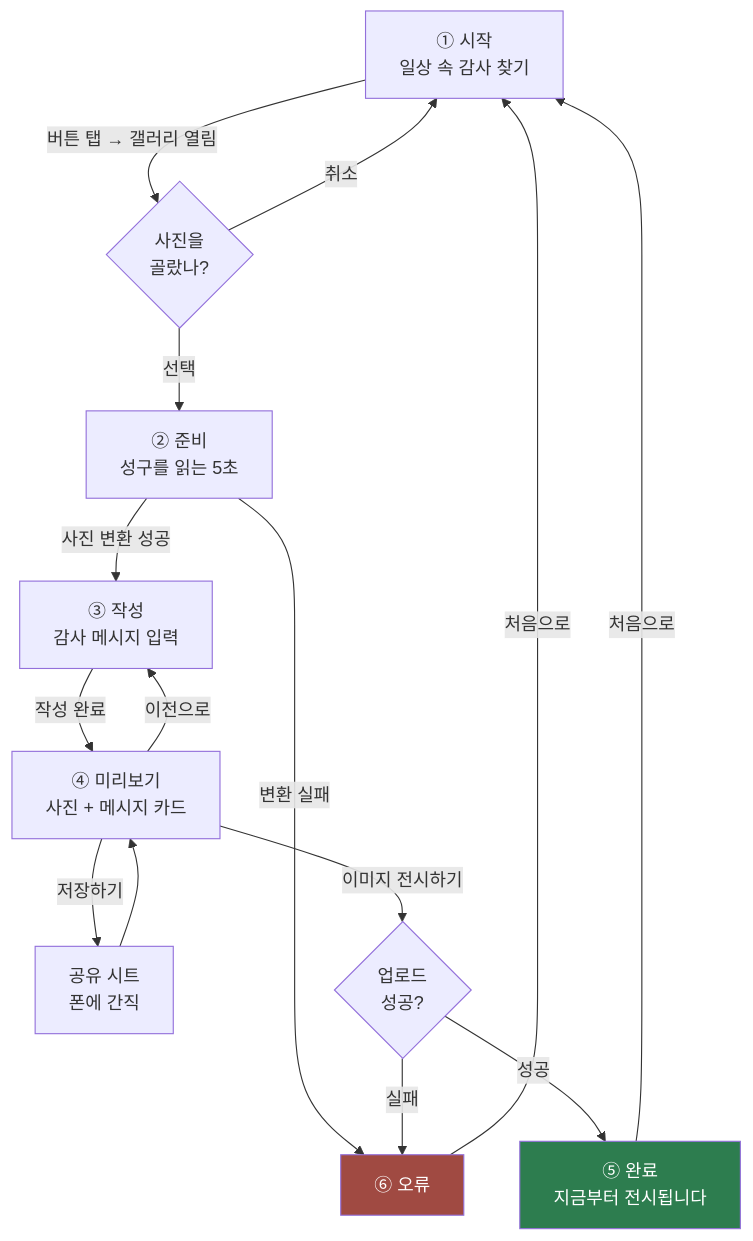
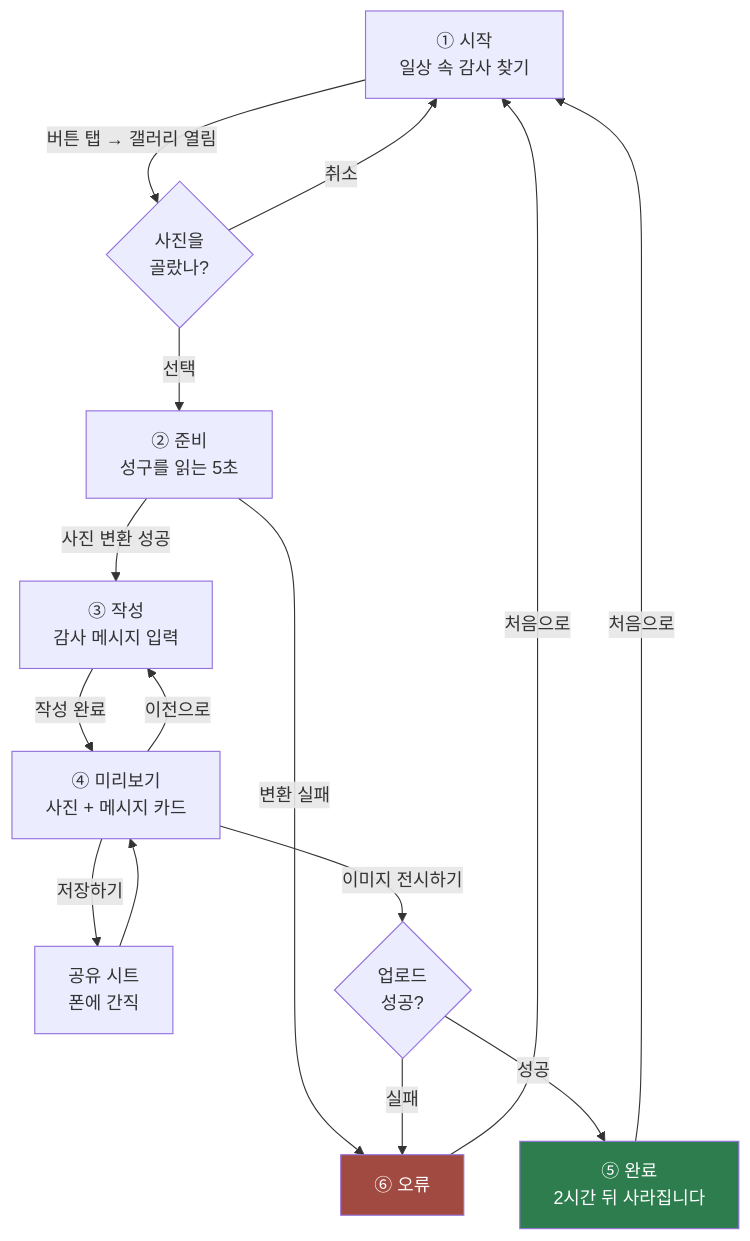
The diagram in apps/mobile-web/README.md (kingkiboots/glimpse-of-epiphany), drawn with Mermaid before and after one commit. The commit also changed other lines of this file and 11 other files, not shown here.

````diff
--- a/apps/mobile-web/README.md
+++ b/apps/mobile-web/README.md
@@ -17,24 +17,24 @@
 ```mermaid
 flowchart TD
     HOME["① 시작<br/>일상 속 감사 찾기"] -->|"버튼 탭 → 갤러리 열림"| PICK{"사진을<br/>골랐나?"}
     PICK -->|"취소"| HOME
     PICK -->|"선택"| PREP["② 준비<br/>성구를 읽는 5초"]
 
     PREP -->|"사진 변환 성공"| COMPOSE["③ 작성<br/>감사 메시지 입력"]
     PREP -->|"변환 실패"| ERROR["⑥ 오류"]
 
     COMPOSE -->|"작성 완료"| CONFIRM["④ 미리보기<br/>사진 + 메시지 카드"]
     CONFIRM -->|"이전으로"| COMPOSE
     CONFIRM -->|"저장하기"| SAVE["공유 시트<br/>폰에 간직"]
     SAVE --> CONFIRM
     CONFIRM -->|"이미지 전시하기"| UPLOAD{"업로드<br/>성공?"}
 
-    UPLOAD -->|"성공"| DONE["⑤ 완료<br/>지금부터 전시됩니다"]
+    UPLOAD -->|"성공"| DONE["⑤ 완료<br/>2시간 뒤 사라집니다"]
     UPLOAD -->|"실패"| ERROR
 
     DONE -->|"처음으로"| HOME
     ERROR -->|"처음으로"| HOME
 
     style DONE fill:#2d7d4f,color:#fff
     style ERROR fill:#a04a42,color:#fff
 ```
````
